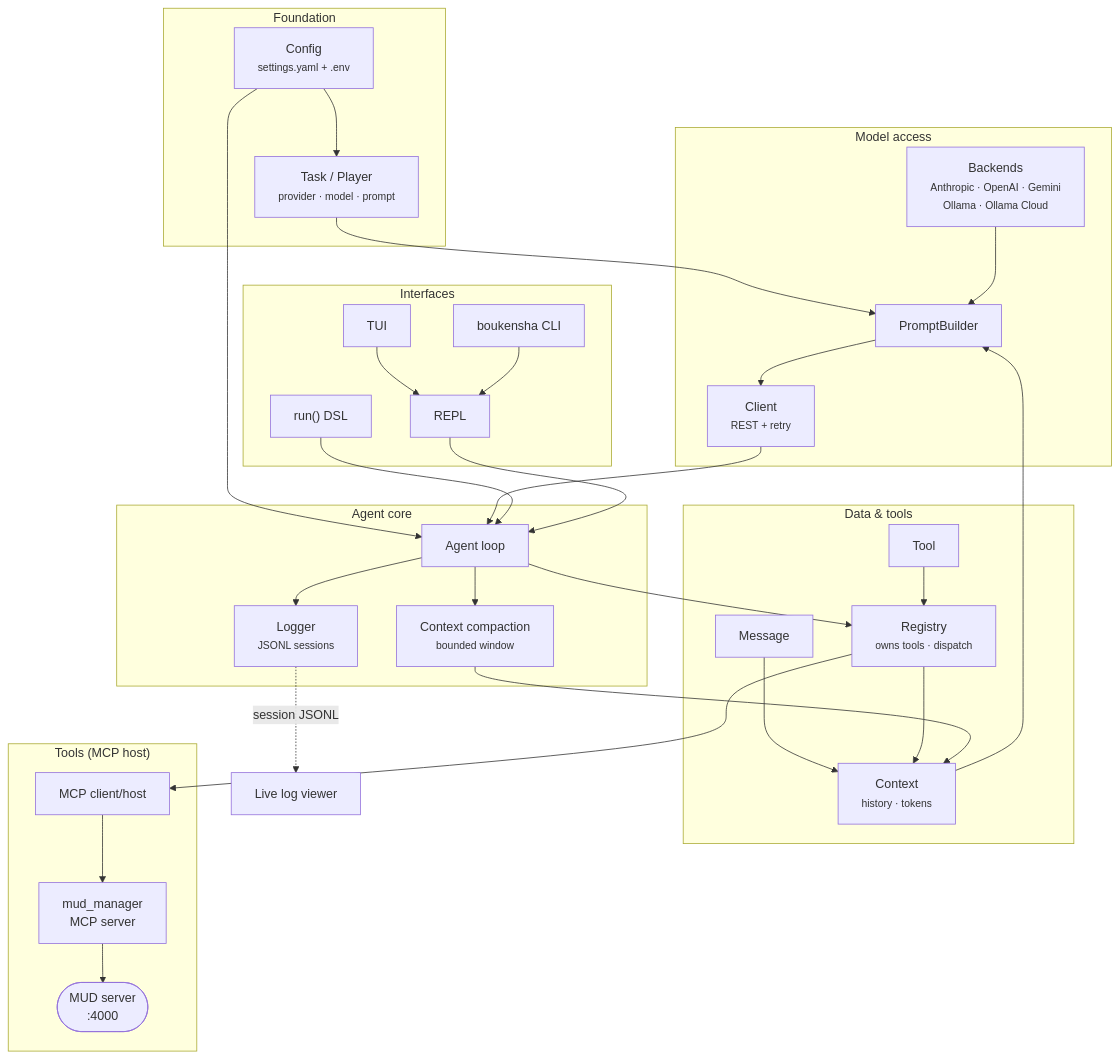
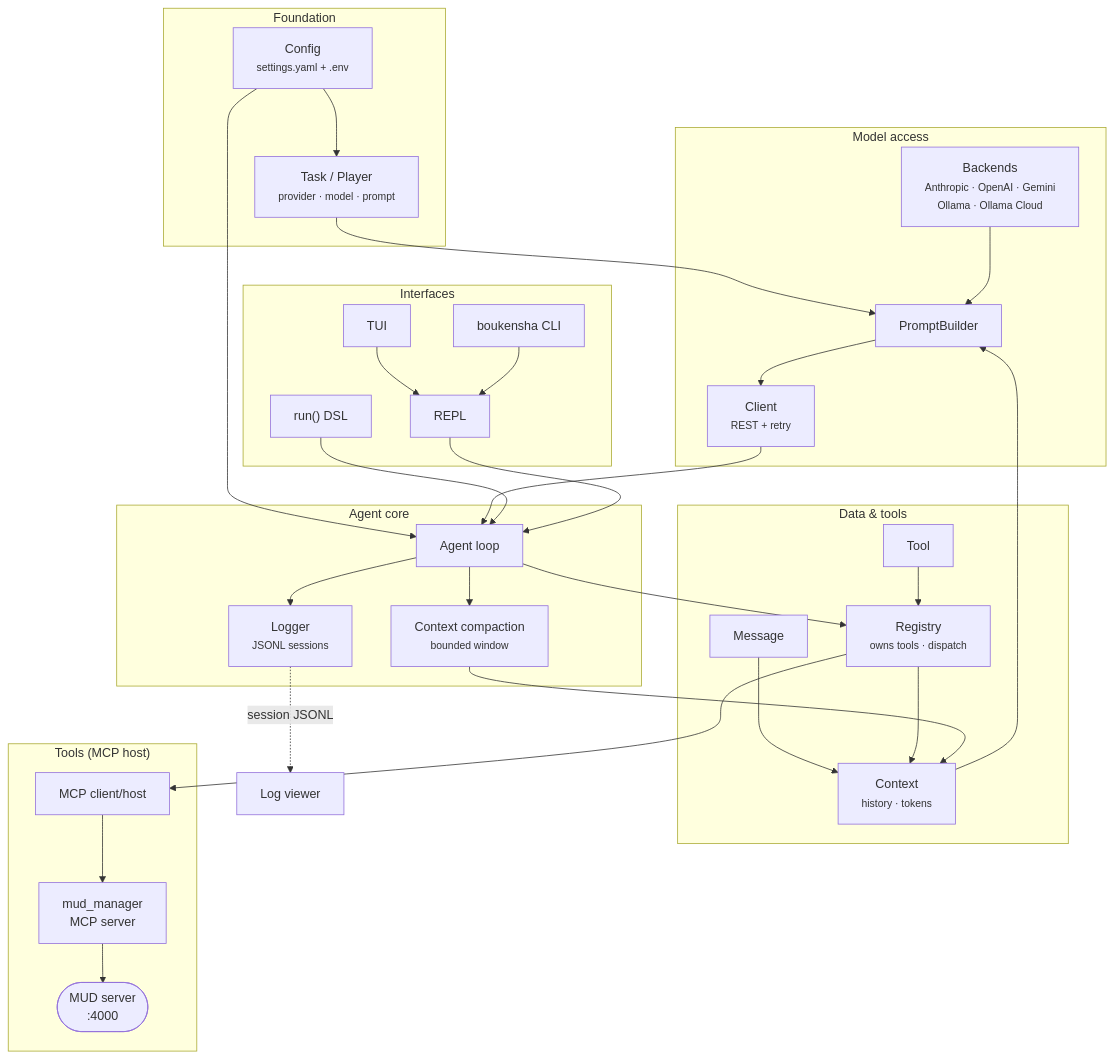
Before and after one commit to IbnouT/claude-code-camp-2026-Q2: the first of 2 diagrams in docs/plans/week1_baseline/architecture.md, drawn with Mermaid. The commit also changed other lines of this file and 4 other files, not shown here.

Commit message:
Document week 1 with a full settings reference, an architecture pass and the journal

````diff
--- a/docs/plans/week1_baseline/architecture.md
+++ b/docs/plans/week1_baseline/architecture.md
@@ -16,64 +16,64 @@
 ```mermaid
 flowchart TB
     subgraph cfg["Foundation"]
         Config["Config<br/><small>settings.yaml + .env</small>"]
         Tasks["Task / Player<br/><small>provider · model · prompt</small>"]
     end
 
     subgraph data["Data & tools"]
         Msg["Message"]
         Tool["Tool"]
         Ctx["Context<br/><small>history · tokens</small>"]
         Reg["Registry<br/><small>owns tools · dispatch</small>"]
     end
 
     subgraph model["Model access"]
         PB["PromptBuilder"]
         Back["Backends<br/><small>Anthropic · OpenAI · Gemini<br/>Ollama · Ollama Cloud</small>"]
         Client["Client<br/><small>REST + retry</small>"]
     end
 
     subgraph core["Agent core"]
         Agent["Agent loop"]
         Compact["Context compaction<br/><small>bounded window</small>"]
         Logger["Logger<br/><small>JSONL sessions</small>"]
     end
 
     subgraph iface["Interfaces"]
         RunDSL["run() DSL"]
         Repl["REPL"]
         Tui["TUI"]
         Exe["boukensha CLI"]
     end
 
     subgraph tools["Tools (MCP host)"]
         MCP["MCP client/host"]
         MM["mud_manager<br/>MCP server"]
         MUD(["MUD server<br/>:4000"])
     end
 
-    Viewer["Live log viewer"]
+    Viewer["Log viewer"]
 
     Config --> Tasks
     Config --> Agent
     Tasks --> PB
     Msg --> Ctx
     Tool --> Reg
     Reg --> Ctx
     Ctx --> PB
     Back --> PB
     PB --> Client
     Client --> Agent
     Agent --> Reg
     Agent --> Compact
     Compact --> Ctx
     Agent --> Logger
     RunDSL --> Agent
     Repl --> Agent
     Tui --> Repl
     Exe --> Repl
     Reg --> MCP
     MCP --> MM
     MM --> MUD
     Logger -.session JSONL.-> Viewer
 ```
````
